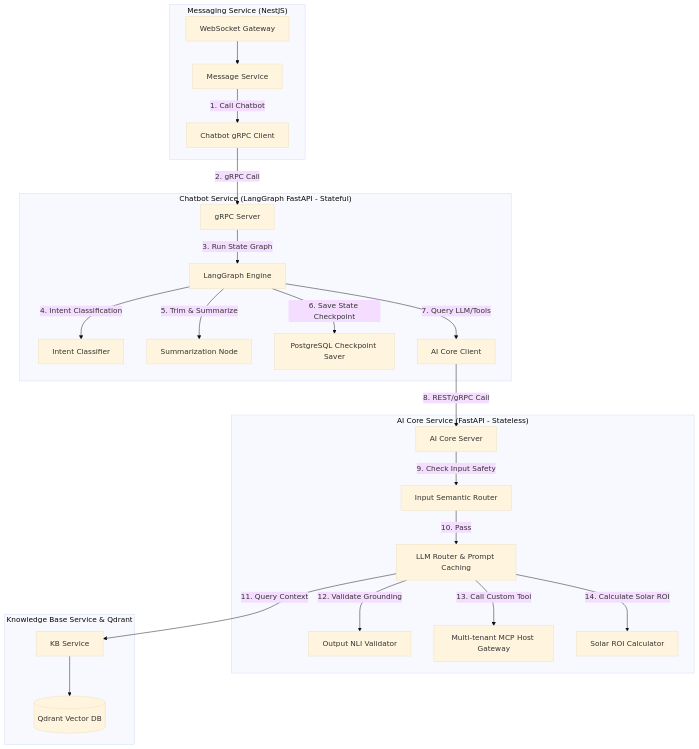
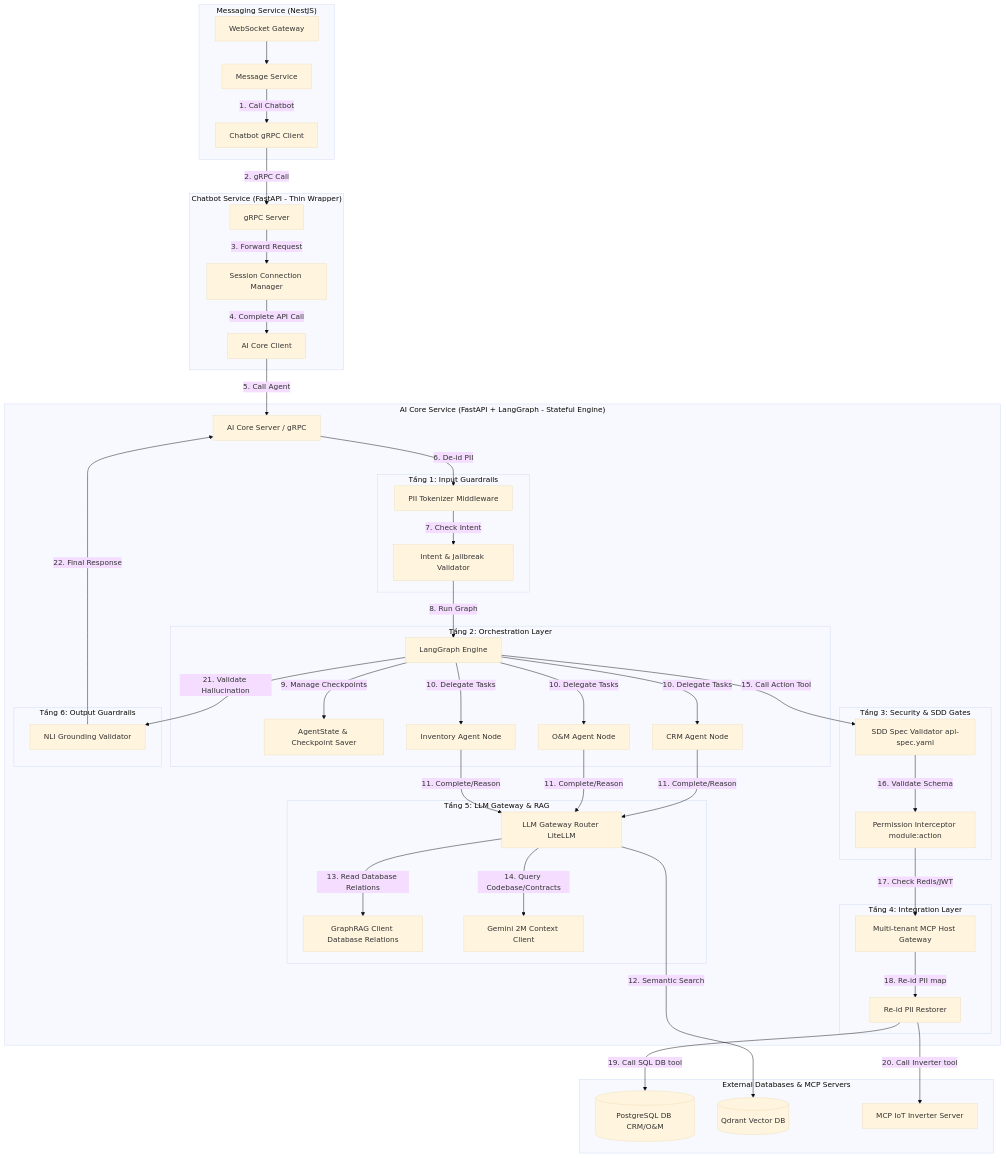
The second of 3 diagrams in docs/SRS/09_System_Architecture.md (hugg4u/solavie-platform), drawn with Mermaid (base theme) before and after one commit. The commit also changed other lines of this file and 8 other files, not shown here.

Commit message:
docs(ai-core): update specifications to include output content moderation

````diff
--- a/docs/SRS/09_System_Architecture.md
+++ b/docs/SRS/09_System_Architecture.md
@@ -121,44 +122,92 @@
         grpc_client[Chatbot gRPC Client]
     end
 
-    subgraph "Chatbot Service (LangGraph FastAPI - Stateful)"
+    subgraph "Chatbot Service (FastAPI - Thin Wrapper)"
         grpc_server[gRPC Server]
-        langgraph_core[LangGraph Engine]
-        intent_clf[Intent Classifier]
-        summarizer[Summarization Node]
-        checkpoint_saver[PostgreSQL Checkpoint Saver]
+        session_mgr[Session Connection Manager]
         ai_core_client[AI Core Client]
     end
 
-    subgraph "AI Core Service (FastAPI - Stateless)"
-        ai_core_server[AI Core Server]
-        input_guard[Input Semantic Router]
-        llm_router[LLM Router & Prompt Caching]
-        output_guard[Output NLI Validator]
-        mcp_host[Multi-tenant MCP Host Gateway]
-        roi_calc[Solar ROI Calculator]
+    subgraph "AI Core Service (FastAPI + LangGraph - Stateful Engine)"
+        ai_core_server[AI Core Server / gRPC]
+        
+        %% Tầng 1: Input Guardrail
+        subgraph "Tầng 1: Input Guardrails"
+            pii_tok[PII Tokenizer Middleware]
+            intent_val[Intent & Jailbreak Validator]
+        end
+        
+        %% Tầng 2: Orchestration (LangGraph)
+        subgraph "Tầng 2: Orchestration Layer"
+            langgraph_core[LangGraph Engine]
+            agent_state[AgentState & Checkpoint Saver]
+            crm_agent[CRM Agent Node]
+            om_agent[O&M Agent Node]
+            inv_agent[Inventory Agent Node]
+        end
+        
+        %% Tầng 3: API/Permissions (Structural & Output Gate)
+        subgraph "Tầng 3: Security & SDD Gates"
+            spec_val[SDD Spec Validator api-spec.yaml]
+            perm_gate[Permission Interceptor module:action]
+        end
+        
+        %% Tầng 4: Integration (MCP Host)
+        subgraph "Tầng 4: Integration Layer"
+            mcp_host[Multi-tenant MCP Host Gateway]
+            re_id[Re-id PII Restorer]
+        end
+
+        %% Tầng 5: LLM Router & Hybrid RAG
+        subgraph "Tầng 5: LLM Gateway & RAG"
+            llm_router[LLM Gateway Router LiteLLM]
+            graph_rag[GraphRAG Client Database Relations]
+            gemini_long[Gemini 2M Context Client]
+        end
+
+        %% Tầng 6: Output Guardrails
+        subgraph "Tầng 6: Output Guardrails"
+            nli_val[NLI Grounding Validator]
+        end
     end
 
-    subgraph "Knowledge Base Service & Qdrant"
-        kb_service[KB Service]
+    subgraph "External Databases & MCP Servers"
+        pg_db[(PostgreSQL DB CRM/O&M)]
         qdrant[(Qdrant Vector DB)]
+        mcp_iot[MCP IoT Inverter Server]
     end
 
     ws_gate --> msg_service
     msg_service -->|1. Call Chatbot| grpc_client
     grpc_client -->|2. gRPC Call| grpc_server
-    grpc_server -->|3. Run State Graph| langgraph_core
-    langgraph_core -->|4. Intent Classification| intent_clf
-    langgraph_core -->|5. Trim & Summarize| summarizer
-    langgraph_core -->|6. Save State Checkpoint| checkpoint_saver
-    langgraph_core -->|7. Query LLM/Tools| ai_core_client
+    grpc_server -->|3. Forward Request| session_mgr
+    session_mgr -->|4. Complete API Call| ai_core_client
 
-    ai_core_client -->|8. REST/gRPC Call| ai_core_server
-    ai_core_server -->|9. Check Input Safety| input_guard
-    input_guard -->|10. Pass| llm_router
-    llm_router -->|11. Query Context| kb_service
-    kb_service --> qdrant
-    llm_router -->|12. Validate Grounding| output_guard
-    llm_router -->|13. Call Custom Tool| mcp_host
-    llm_router -->|14. Calculate Solar ROI| roi_calc
+    %% Luồng AI Core
+    ai_core_client -->|5. Call Agent| ai_core_server
+    ai_core_server -->|6. De-id PII| pii_tok
+    pii_tok -->|7. Check Intent| intent_val
+    intent_val -->|8. Run Graph| langgraph_core
+    
+    langgraph_core -->|9. Manage Checkpoints| agent_state
+    langgraph_core -->|10. Delegate Tasks| crm_agent & om_agent & inv_agent
+    
+    crm_agent & om_agent & inv_agent -->|11. Complete/Reason| llm_router
+    llm_router -->|12. Semantic Search| qdrant
+    llm_router -->|13. Read Database Relations| graph_rag
+    llm_router -->|14. Query Codebase/Contracts| gemini_long
+
+    %% Chốt chặn Tool Call
+    langgraph_core -->|15. Call Action Tool| spec_val
+    spec_val -->|16. Validate Schema| perm_gate
+    perm_gate -->|17. Check Redis/JWT| mcp_host
+    
+    %% Thực thi Tool và Phân giải PII
+    mcp_host -->|18. Re-id PII map| re_id
+    re_id -->|19. Call SQL DB tool| pg_db
+    re_id -->|20. Call Inverter tool| mcp_iot
+
+    %% Kiểm soát đầu ra
+    langgraph_core -->|21. Validate Hallucination| nli_val
+    nli_val -->|22. Final Response| ai_core_server
 ```
````
